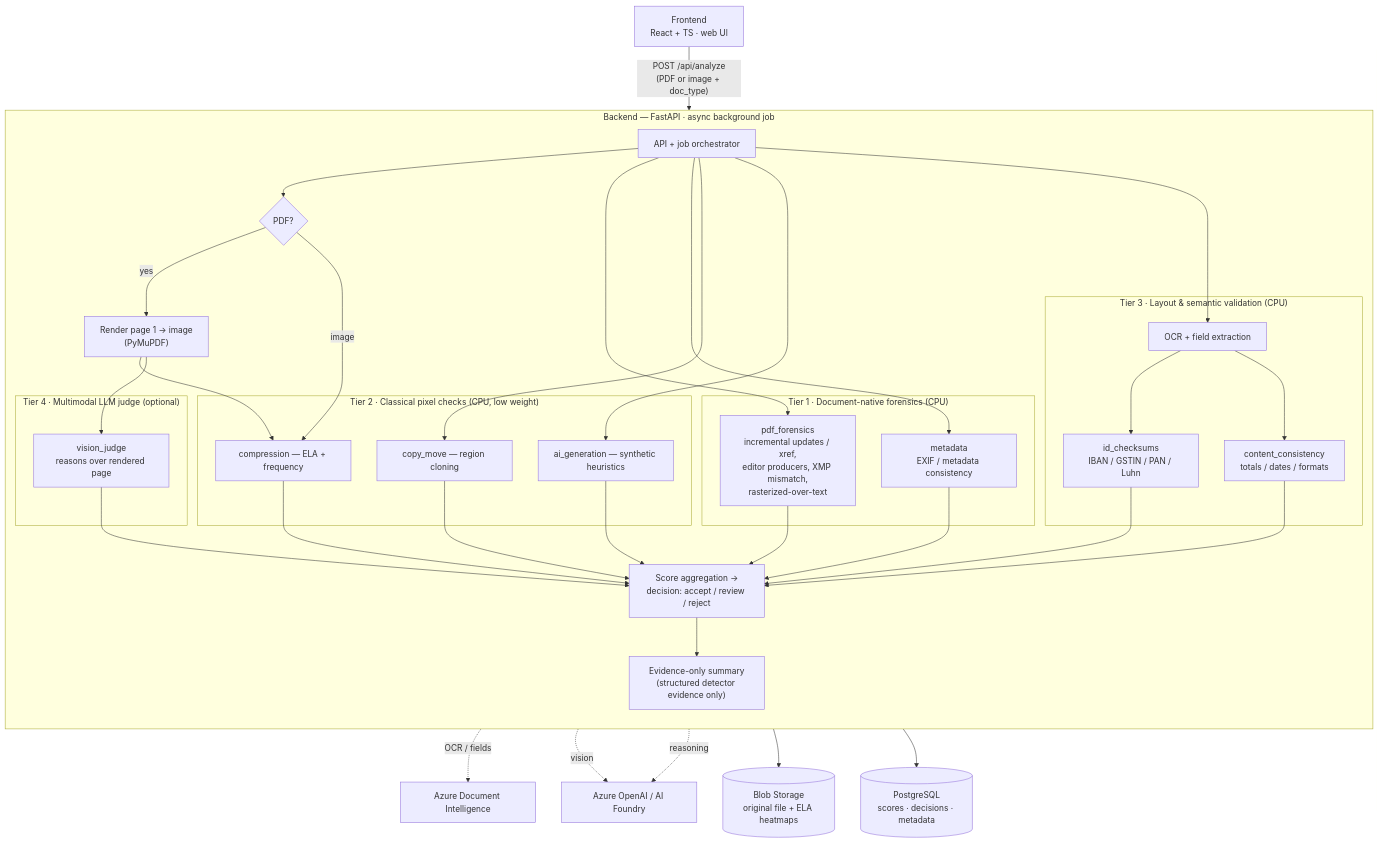
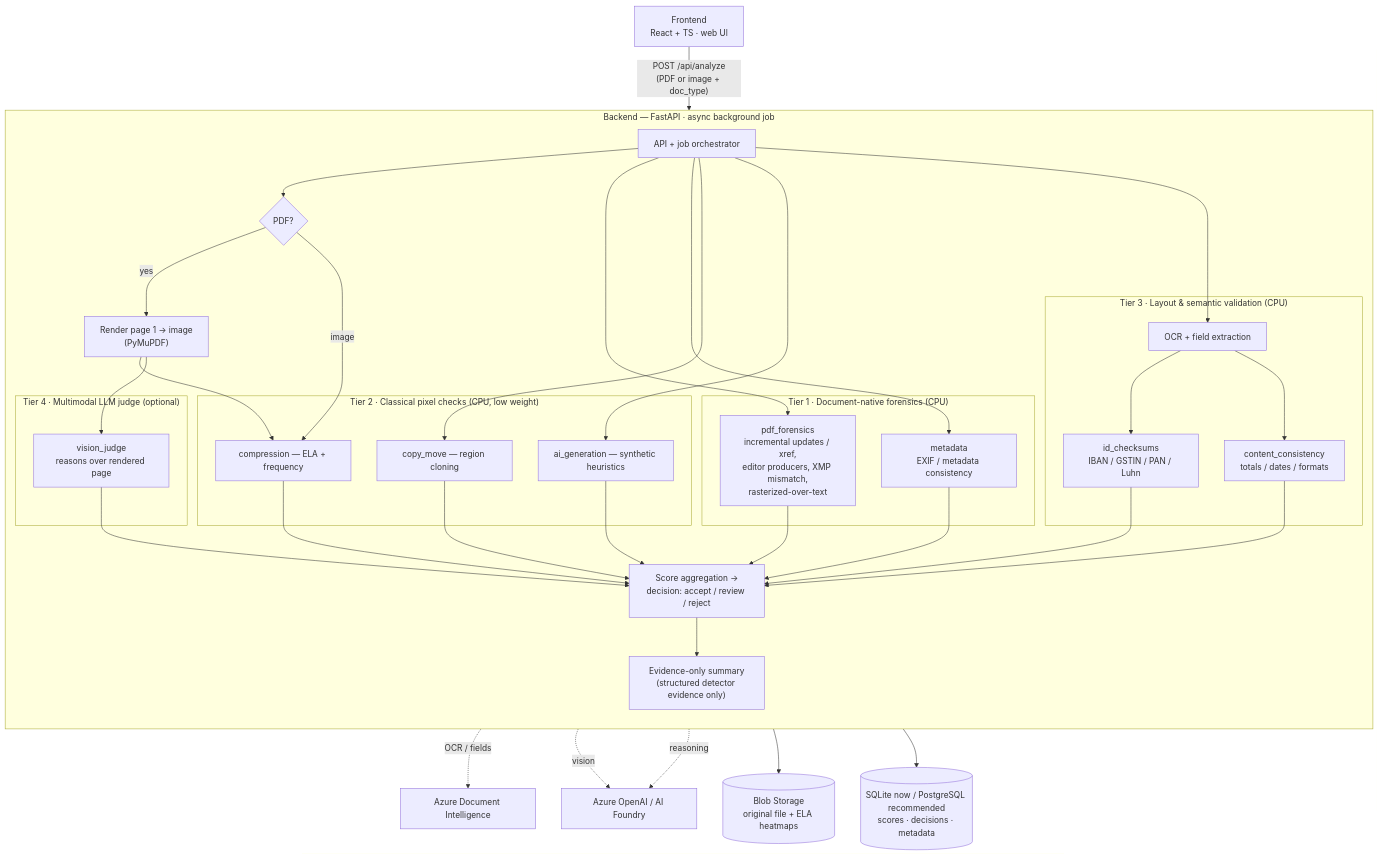
One commit to KasamShaikh/DocuGuard-AI-TamperLens changed the first of 2 diagrams in README.md. Above: the diagram before and after it, drawn with Mermaid. The commit also changed other lines of this file, not shown here.

Commit message:
Clarify data store: SQLite now, PostgreSQL recommended for production

````diff
--- a/README.md
+++ b/README.md
@@ -17,51 +17,51 @@
 ```mermaid
 flowchart TB
     UI["Frontend<br/>React + TS · web UI"]
     UI -->|"POST /api/analyze<br/>(PDF or image + doc_type)"| API
 
     subgraph Backend["Backend — FastAPI · async background job"]
         direction TB
         API["API + job orchestrator"]
         API --> RENDER{"PDF?"}
         RENDER -->|"yes"| PYMUPDF["Render page 1 → image<br/>(PyMuPDF)"]
         RENDER -->|"image"| PIX
         PYMUPDF --> PIX
 
         subgraph T1["Tier 1 · Document-native forensics (CPU)"]
             PDFF["pdf_forensics<br/>incremental updates / xref,<br/>editor producers, XMP mismatch,<br/>rasterized-over-text"]
             META["metadata<br/>EXIF / metadata consistency"]
         end
 
         subgraph T2["Tier 2 · Classical pixel checks (CPU, low weight)"]
             PIX["compression — ELA + frequency"]
             CLONE["copy_move — region cloning"]
             AIGEN["ai_generation — synthetic heuristics"]
         end
 
         subgraph T3["Tier 3 · Layout & semantic validation (CPU)"]
             OCR["OCR + field extraction"]
             IDS["id_checksums<br/>IBAN / GSTIN / PAN / Luhn"]
             CONT["content_consistency<br/>totals / dates / formats"]
         end
 
         subgraph T4["Tier 4 · Multimodal LLM judge (optional)"]
             VJUDGE["vision_judge<br/>reasons over rendered page"]
         end
 
         API --> PDFF & META
         API --> CLONE & AIGEN
         API --> OCR --> IDS & CONT
         PIX --> AGG
         PYMUPDF --> VJUDGE
 
         AGG["Score aggregation →<br/>decision: accept / review / reject"]
         PDFF & META & CLONE & AIGEN & IDS & CONT & VJUDGE --> AGG
         AGG --> SUM["Evidence-only summary<br/>(structured detector evidence only)"]
     end
 
     OCR -. OCR / fields .-> DOCINTEL["Azure Document Intelligence"]
     VJUDGE -. vision .-> AOAI["Azure OpenAI / AI Foundry"]
     SUM -. reasoning .-> AOAI
     SUM --> BLOB[("Blob Storage<br/>original file + ELA heatmaps")]
-    SUM --> DB[("PostgreSQL<br/>scores · decisions · metadata")]
+    SUM --> DB[("SQLite now / PostgreSQL recommended<br/>scores · decisions · metadata")]
 ```
````
